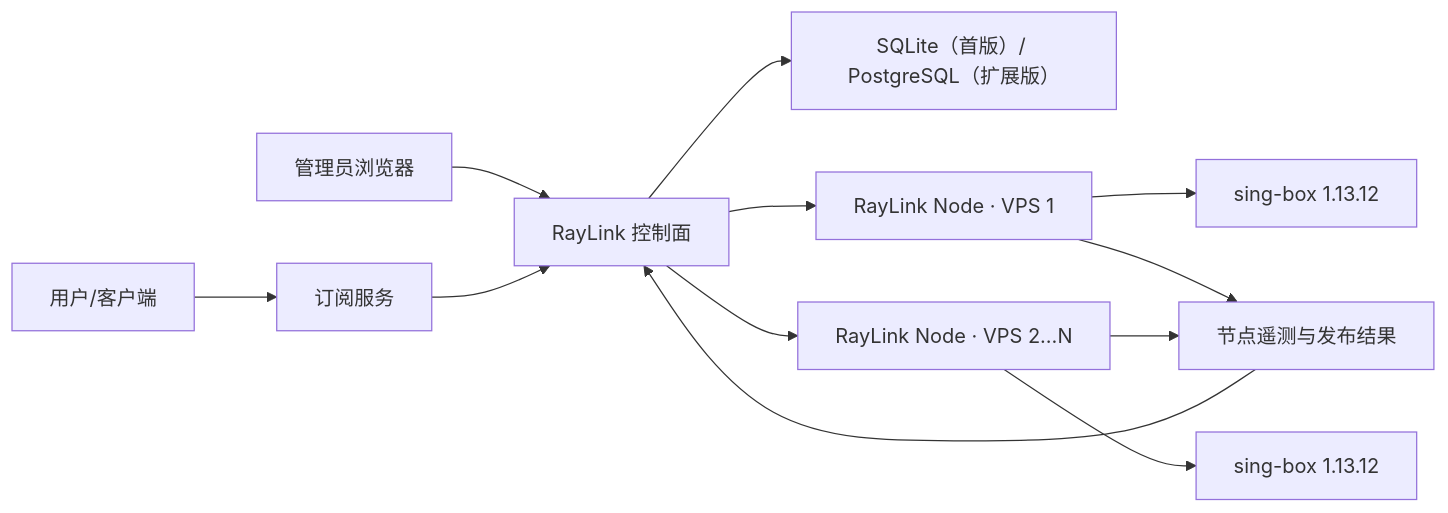
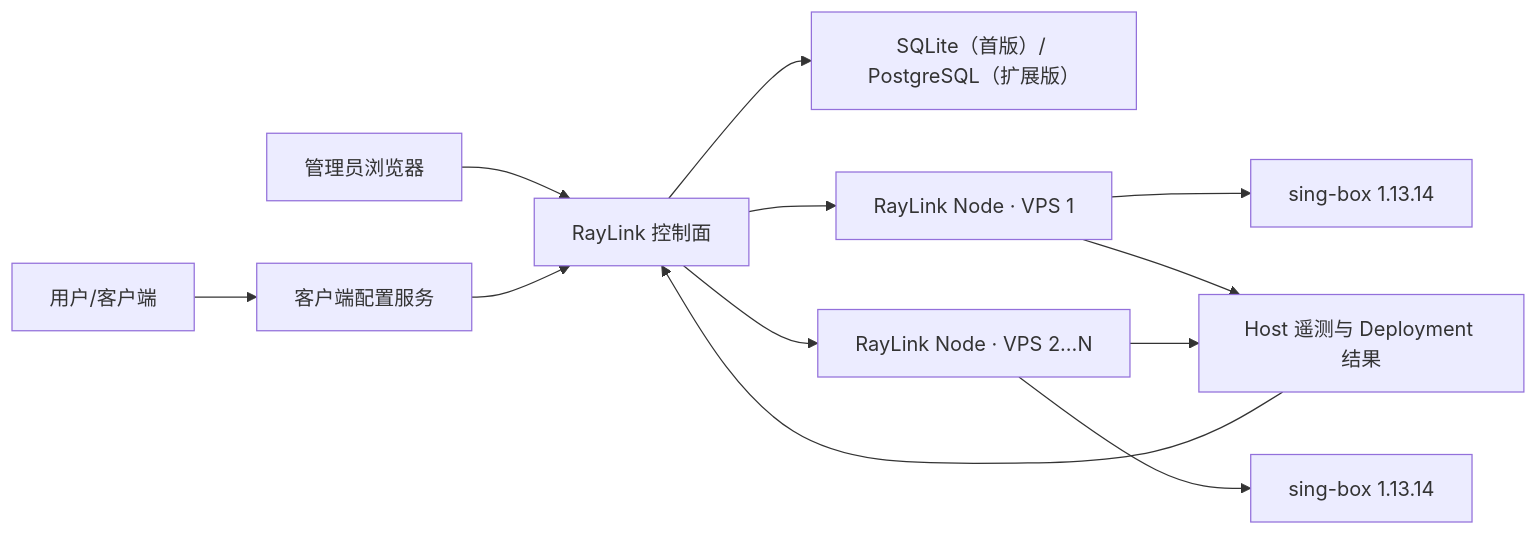
The diagram in roms/docs/release/raylink-production-implementation-plan.md (Zanetach/RayLink), drawn with Mermaid before and after one commit. The commit also changed other lines of this file and 17 other files, not shown here.

````diff
--- a/roms/docs/release/raylink-production-implementation-plan.md
+++ b/roms/docs/release/raylink-production-implementation-plan.md
@@ -40,14 +40,14 @@
 ```mermaid
 flowchart LR
   A["管理员浏览器"] --> C["RayLink 控制面"]
-  U["用户/客户端"] --> S["订阅服务"]
+  U["用户/客户端"] --> S["客户端配置服务"]
   S --> C
   C --> DB["SQLite（首版）/ PostgreSQL（扩展版）"]
   C --> N1["RayLink Node · VPS 1"]
   C --> N2["RayLink Node · VPS 2…N"]
-  N1 --> B1["sing-box 1.13.12"]
-  N2 --> B2["sing-box 1.13.12"]
-  N1 --> M["节点遥测与发布结果"]
+  N1 --> B1["sing-box 1.13.14"]
+  N2 --> B2["sing-box 1.13.14"]
+  N1 --> M["Host 遥测与 Deployment 结果"]
   N2 --> M
   M --> C
 ```
````
